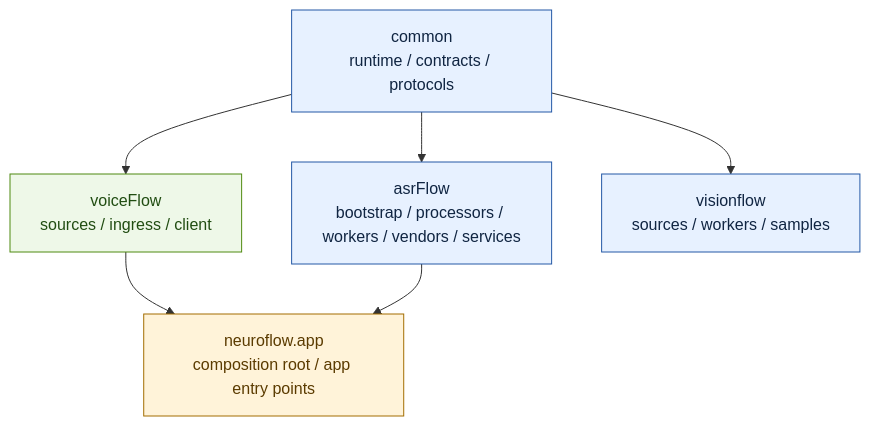
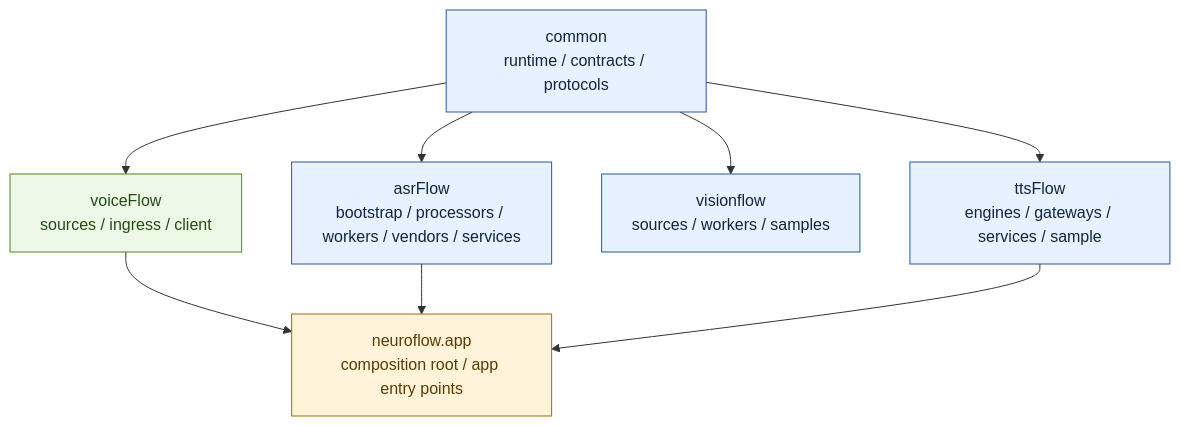
Before and after one commit to gbox3d/visionFlow: the first of 7 diagrams in _forAI/architecture.md, drawn with Mermaid. The commit also changed other lines of this file and 32 other files, not shown here.

````diff
--- a/_forAI/architecture.md
+++ b/_forAI/architecture.md
@@ -21,17 +22,19 @@
 ```mermaid
 flowchart TD
     A[common<br/>runtime / contracts / protocols] --> B[voiceFlow<br/>sources / ingress / client]
     A --> C[asrFlow<br/>bootstrap / processors / workers / vendors / services]
     A --> D[visionflow<br/>sources / workers / samples]
+    A --> T[ttsFlow<br/>engines / gateways / services / sample]
     B --> E[neuroflow.app<br/>composition root / app entry points]
     C --> E
+    T --> E
 
     classDef core fill:#e7f1ff,stroke:#2458a6,color:#102542;
     classDef edge fill:#eef8e8,stroke:#4f8a10,color:#214d12;
     classDef app fill:#fff3d9,stroke:#a36d00,color:#5b3b00;
 
     class A core;
-    class C,D core;
+    class C,D,T core;
     class B edge;
     class E app;
 ```
````
